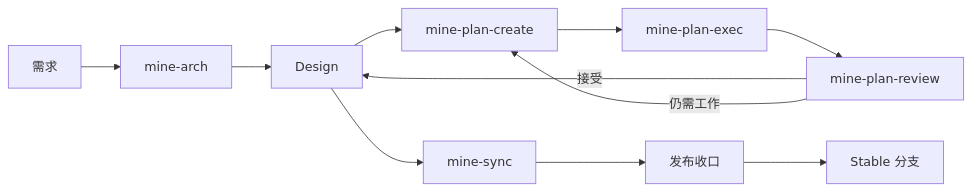
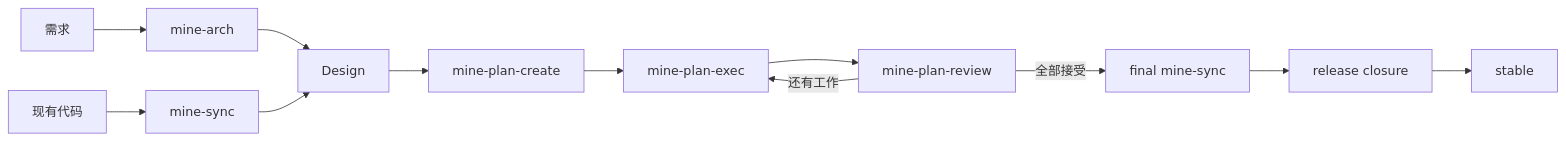
One commit to 6ixGODD/mine-is-not-everyones changed the diagram in README.zh-CN.md. Above: the diagram before and after it, drawn with Mermaid. The commit also changed other lines of this file and 20 other files, not shown here.

First line of the commit message:
release: v0.1.4 - scope-first mine-plan-create

````diff
--- a/README.zh-CN.md
+++ b/README.zh-CN.md
@@ -23,13 +41,14 @@
 ```mermaid
 flowchart LR
     R[需求] --> A[mine-arch]
+    C[现有代码] --> S[mine-sync]
     A --> D[Design]
+    S --> D
     D --> P[mine-plan-create]
     P --> E[mine-plan-exec]
     E --> V[mine-plan-review]
-    V -->|接受| D
-    V -->|仍需工作| P
-    D --> S[mine-sync]
-    S --> C[发布收口]
-    C --> ST[Stable 分支]
+    V -->|还有工作| E
+    V -->|全部接受| F[final mine-sync]
+    F --> X[release closure]
+    X --> T[stable]
 ```
````
